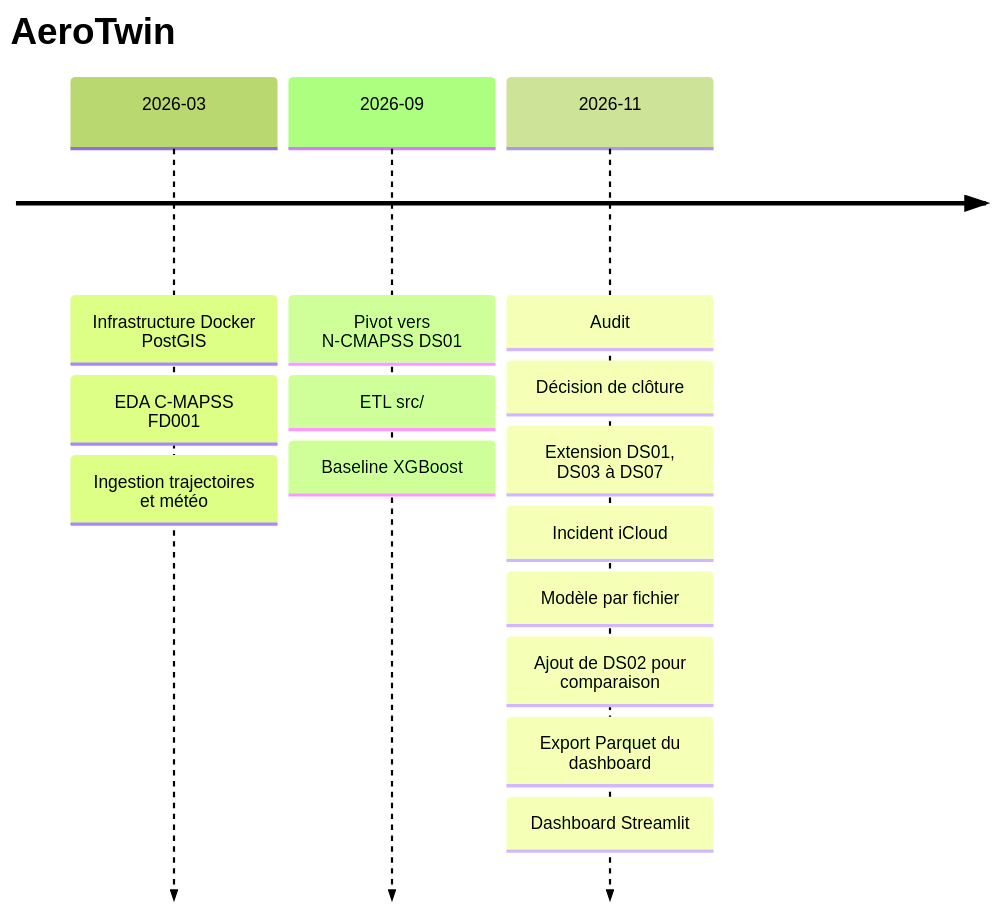
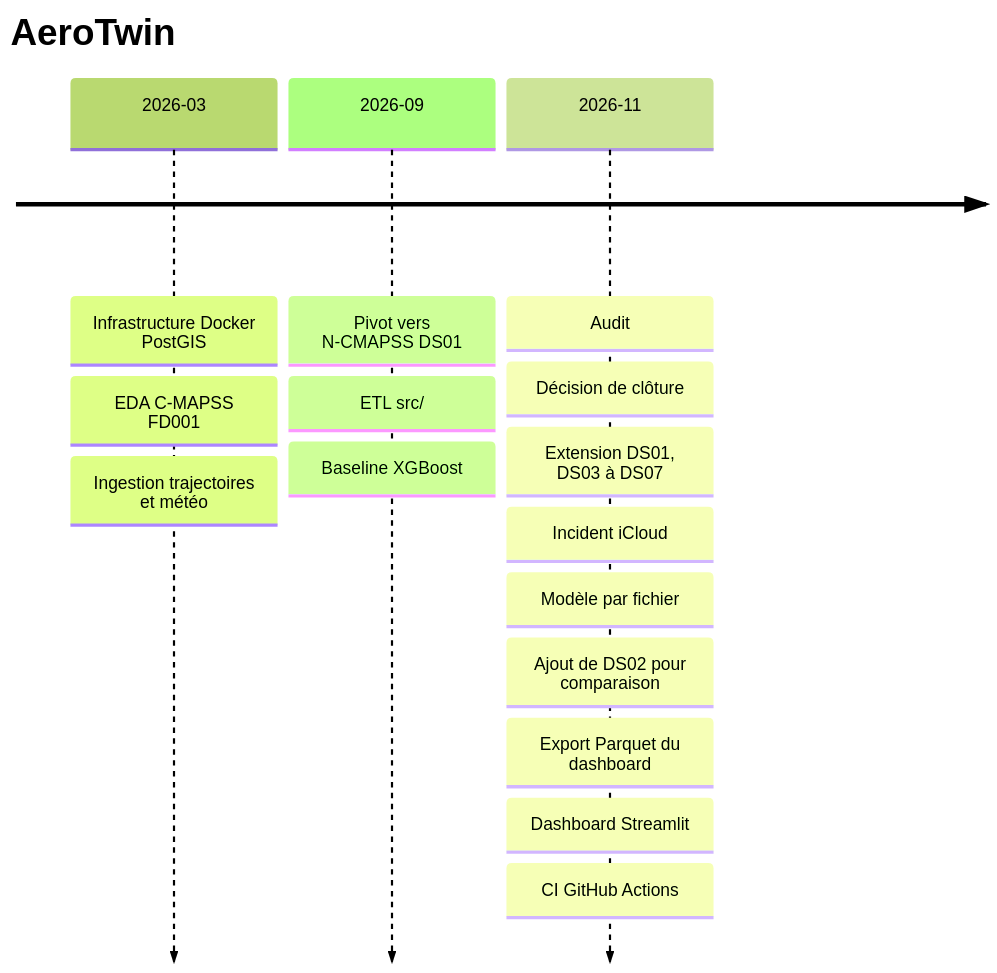
One commit to Willthethreat8/aerotwin changed the diagram in docs/CHRONOLOGIE.md. Above: the diagram before and after it, drawn with Mermaid (forest theme). The commit also changed other lines of this file and 2 other files, not shown here.

Commit message:
Ajoute la CI Pytest en Python 3.13

````diff
--- a/docs/CHRONOLOGIE.md
+++ b/docs/CHRONOLOGIE.md
@@ -3,7 +3,7 @@
 ```mermaid
 timeline
     title AeroTwin
     2026-03 : Infrastructure Docker PostGIS : EDA C-MAPSS FD001 : Ingestion trajectoires et météo
     2026-09 : Pivot vers N-CMAPSS DS01 : ETL src/ : Baseline XGBoost
-    2026-11 : Audit : Décision de clôture : Extension DS01, DS03 à DS07 : Incident iCloud : Modèle par fichier : Ajout de DS02 pour comparaison : Export Parquet du dashboard : Dashboard Streamlit
+    2026-11 : Audit : Décision de clôture : Extension DS01, DS03 à DS07 : Incident iCloud : Modèle par fichier : Ajout de DS02 pour comparaison : Export Parquet du dashboard : Dashboard Streamlit : CI GitHub Actions
 ```
````
